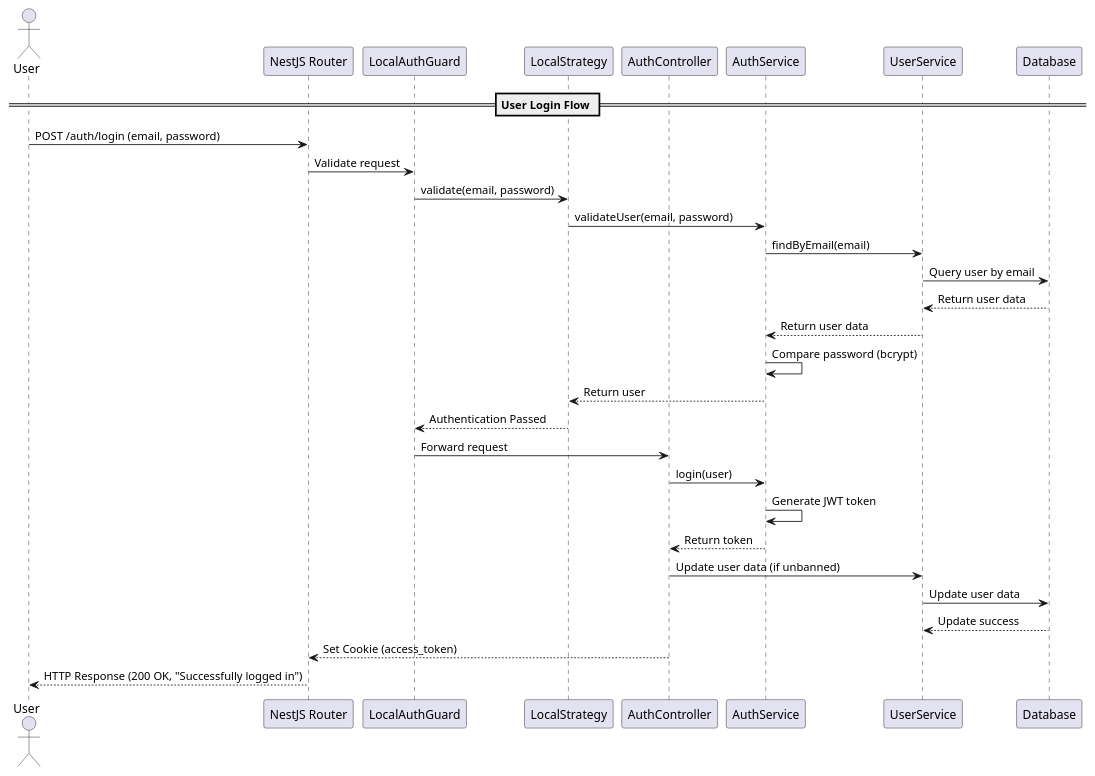
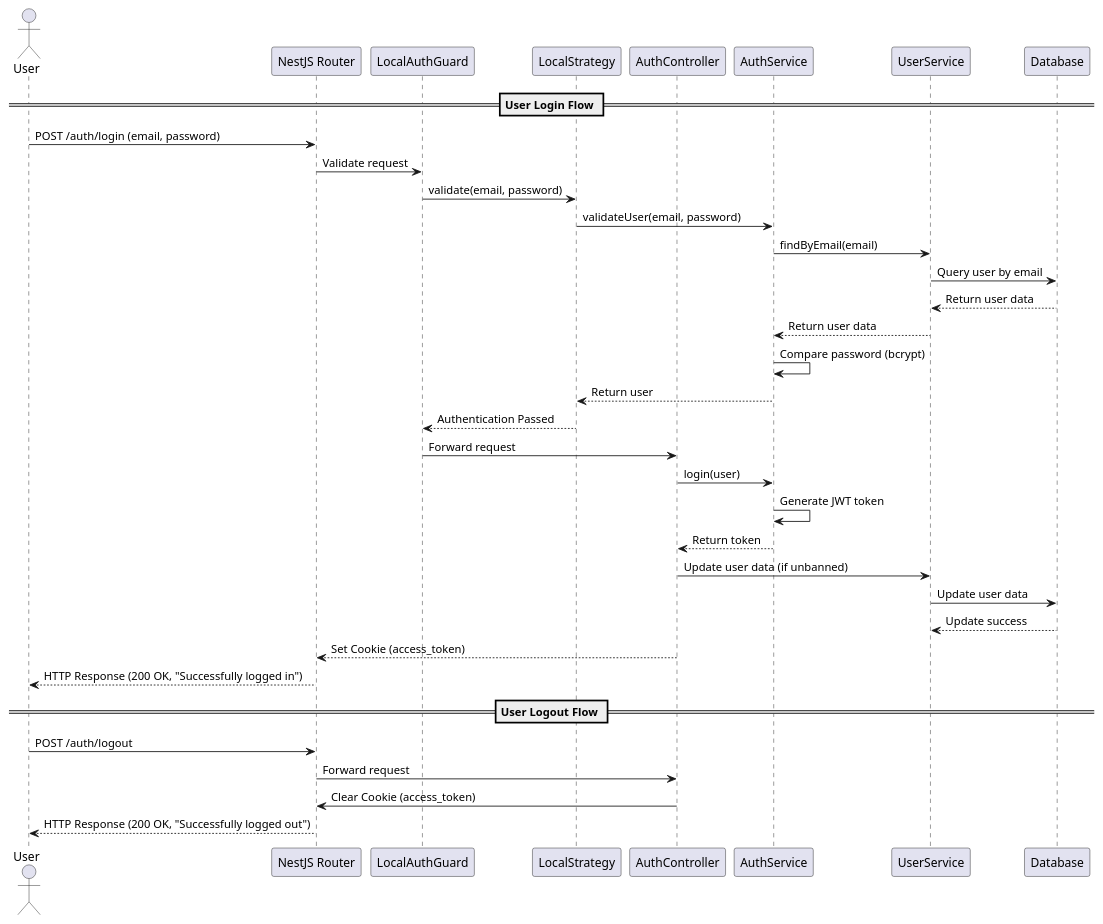
One commit to MingPV/dental-booking changed the diagram in LoginSequenceDiagram.puml. Above: the diagram before and after it, drawn with PlantUML. The commit also changed 2 other files, not shown here.

Commit message:
logout sequence diagram

```diff
--- a/LoginSequenceDiagram.puml
+++ b/LoginSequenceDiagram.puml
@@ -1,34 +1,41 @@
 @startuml
 
 actor User
 participant "NestJS Router" as Router
 participant "LocalAuthGuard" as AuthGuard
 participant "LocalStrategy" as Strategy
 participant "AuthController" as Controller
 participant "AuthService" as AuthService
 participant "UserService" as UserService
 participant "Database" as Database
 
 == User Login Flow ==
 User -> Router: POST /auth/login (email, password)
 Router -> AuthGuard: Validate request
 AuthGuard -> Strategy: validate(email, password)
 Strategy -> AuthService: validateUser(email, password)
 AuthService -> UserService: findByEmail(email)
 UserService -> Database: Query user by email
 Database --> UserService: Return user data
 UserService --> AuthService: Return user data
 AuthService -> AuthService: Compare password (bcrypt)
 AuthService --> Strategy: Return user
 Strategy --> AuthGuard: Authentication Passed
 AuthGuard -> Controller: Forward request
 Controller -> AuthService: login(user)
 AuthService -> AuthService: Generate JWT token
 AuthService --> Controller: Return token
 Controller -> UserService: Update user data (if unbanned)
 UserService -> Database: Update user data
 Database --> UserService: Update success
 Controller --> Router: Set Cookie (access_token)
 Router --> User: HTTP Response (200 OK, "Successfully logged in")
 
+== User Logout Flow ==
+User -> Router: POST /auth/logout
+Router -> Controller: Forward request
+Controller -> Router: Clear Cookie (access_token)
+Router --> User: HTTP Response (200 OK, "Successfully logged out")
+
+
 @enduml
```
